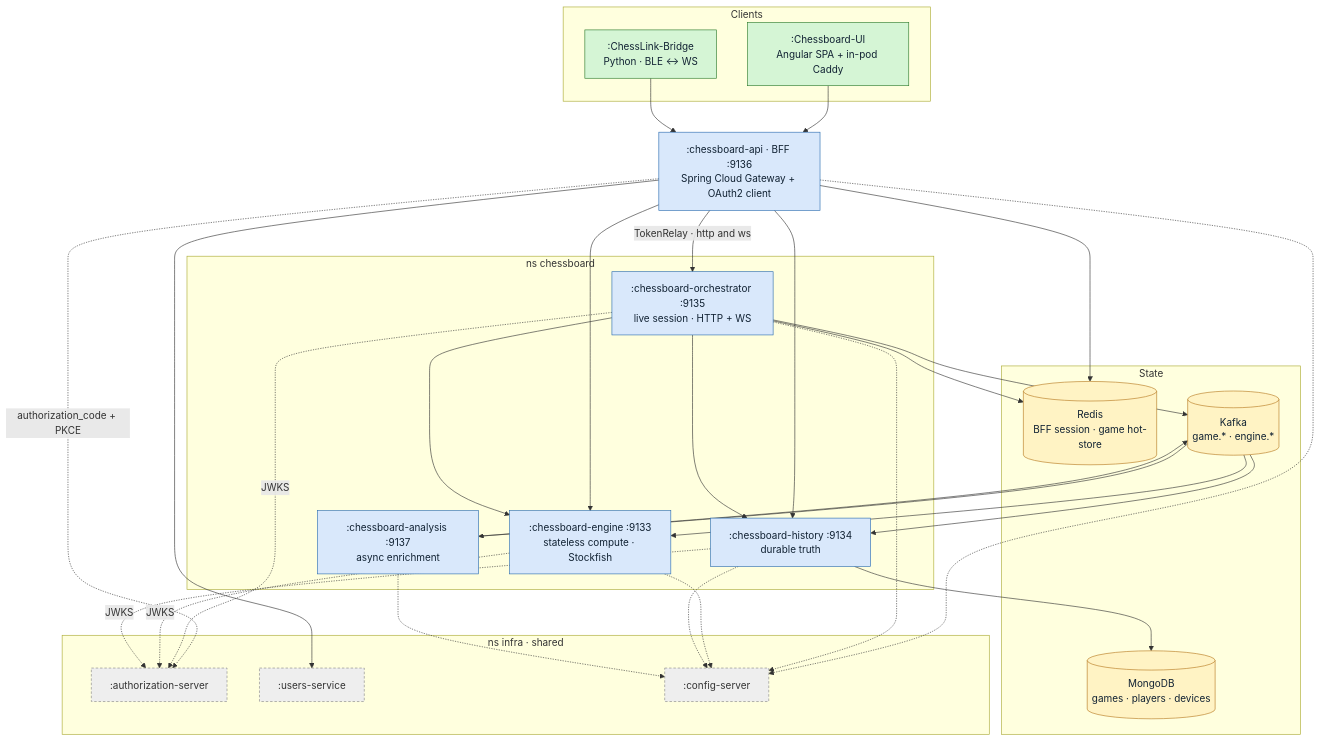
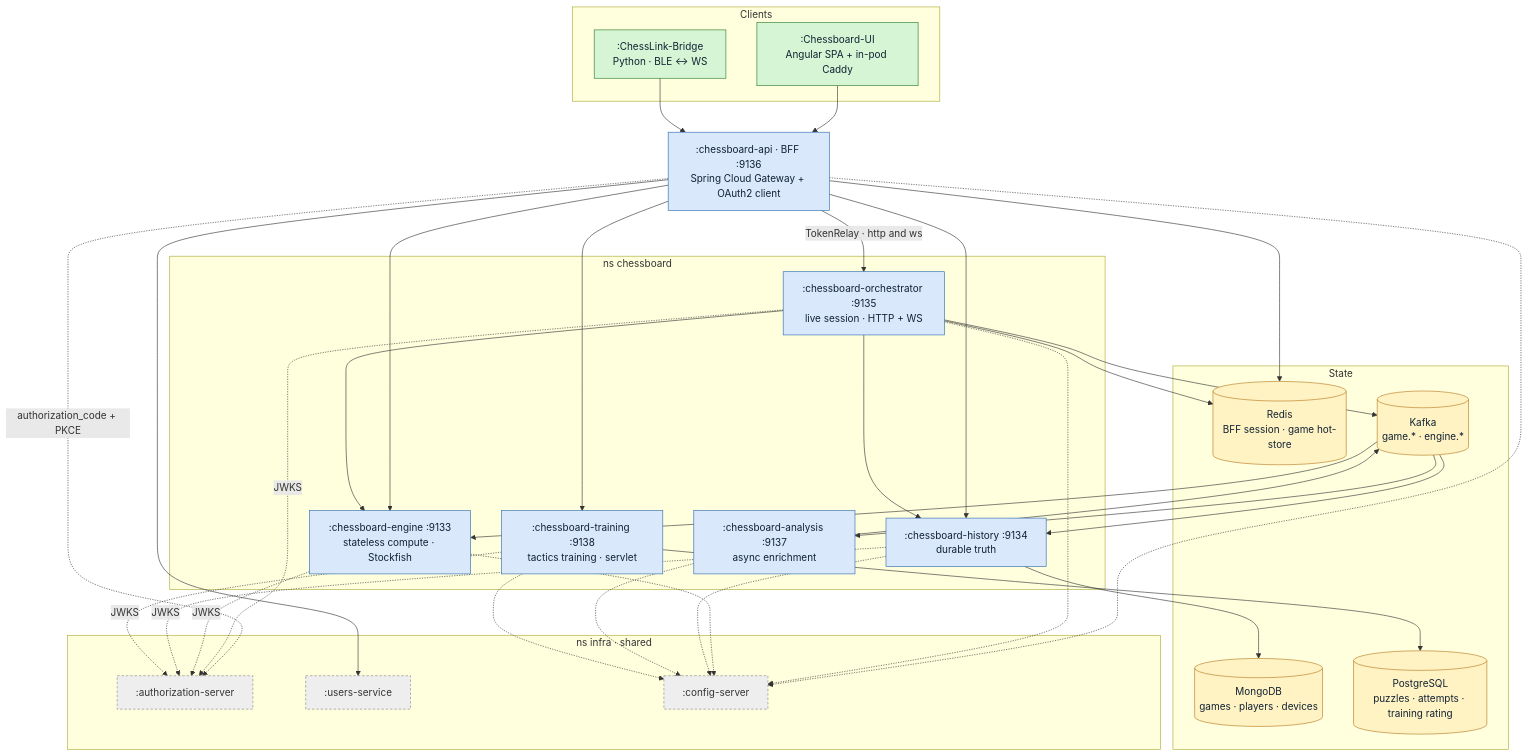
Before and after one commit to artfern95/ChessBoard: the diagram in ARCHITECTURE.md, drawn with Mermaid. The commit also changed other lines of this file, not shown here.

First line of the commit message:
docs(umbrella): add the training service to the architecture

````diff
--- a/ARCHITECTURE.md
+++ b/ARCHITECTURE.md
@@ -11,56 +11,60 @@
 ```mermaid
 flowchart TB
   subgraph CLIENTS[" Clients "]
     UI[":Chessboard-UI<br/>Angular SPA + in-pod Caddy"]
     BRIDGE[":ChessLink-Bridge<br/>Python · BLE ↔ WS"]
   end
 
   BFF[":chessboard-api · BFF :9136<br/>Spring Cloud Gateway + OAuth2 client"]
 
   subgraph CORE[" ns chessboard "]
     ORCH[":chessboard-orchestrator :9135<br/>live session · HTTP + WS"]
     ENG[":chessboard-engine :9133<br/>stateless compute · Stockfish"]
     HIS[":chessboard-history :9134<br/>durable truth"]
     ANA[":chessboard-analysis :9137<br/>async enrichment"]
+    TRN[":chessboard-training :9138<br/>tactics training · servlet"]
   end
 
   subgraph STATE[" State "]
     REDIS[("Redis<br/>BFF session · game hot-store")]
     MONGO[("MongoDB<br/>games · players · devices")]
     KAFKA[("Kafka<br/>game.* · engine.*")]
+    PG[("PostgreSQL<br/>puzzles · attempts · training rating")]
   end
 
   subgraph INFRA[" ns infra · shared "]
     AUTH[":authorization-server"]
     USERS[":users-service"]
     CFG[":config-server"]
   end
 
   UI --> BFF
   BRIDGE --> BFF
   BFF -->|"TokenRelay · http and ws"| ORCH
   BFF --> HIS
   BFF --> ENG
   BFF --> USERS
+  BFF --> TRN
+  TRN --> PG
   ORCH --> ENG
   ORCH --> HIS
   ORCH --> REDIS
   ORCH --> KAFKA
   BFF --> REDIS
   HIS --> MONGO
   KAFKA --> ANA --> KAFKA
   KAFKA --> ENG
   KAFKA --> HIS
   BFF -.->|"authorization_code + PKCE"| AUTH
-  ORCH & ENG & HIS -.->|"JWKS"| AUTH
-  BFF & ORCH & ENG & HIS & ANA -.-> CFG
+  ORCH & ENG & HIS & TRN -.->|"JWKS"| AUTH
+  BFF & ORCH & ENG & HIS & ANA & TRN -.-> CFG
 
   classDef io fill:#d5f5d5,stroke:#2d7a2d,color:#123
   classDef step fill:#d9e8fb,stroke:#2b6cb0,color:#123
   classDef db fill:#fff3c4,stroke:#b7791f,color:#123
   classDef lib fill:#eee,stroke:#888,color:#333,stroke-dasharray:4 3
   class UI,BRIDGE io
-  class BFF,ORCH,ENG,HIS,ANA step
-  class REDIS,MONGO,KAFKA db
+  class BFF,ORCH,ENG,HIS,ANA,TRN step
+  class REDIS,MONGO,KAFKA,PG db
   class AUTH,USERS,CFG lib
 ```
````
